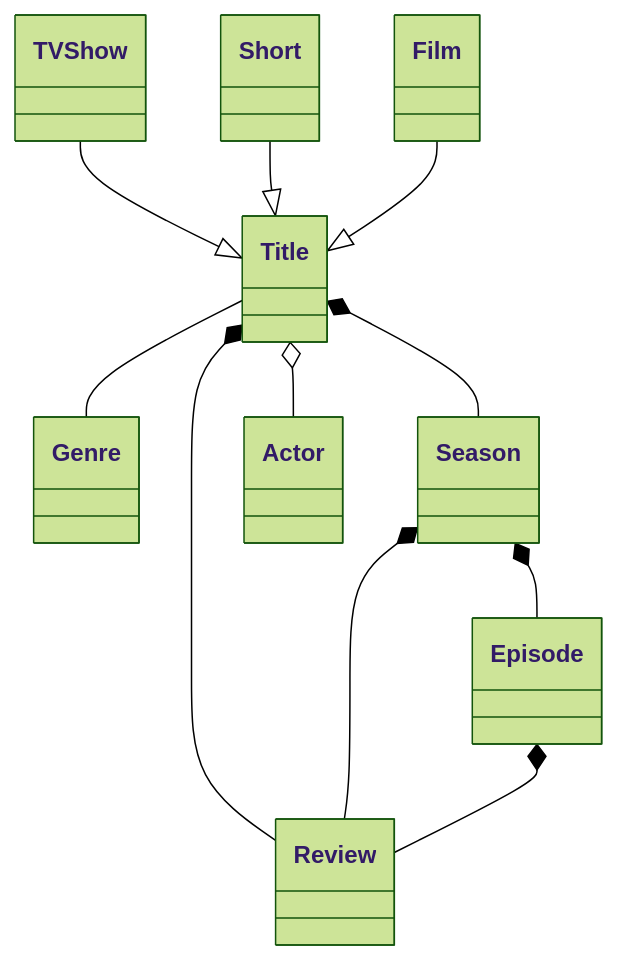
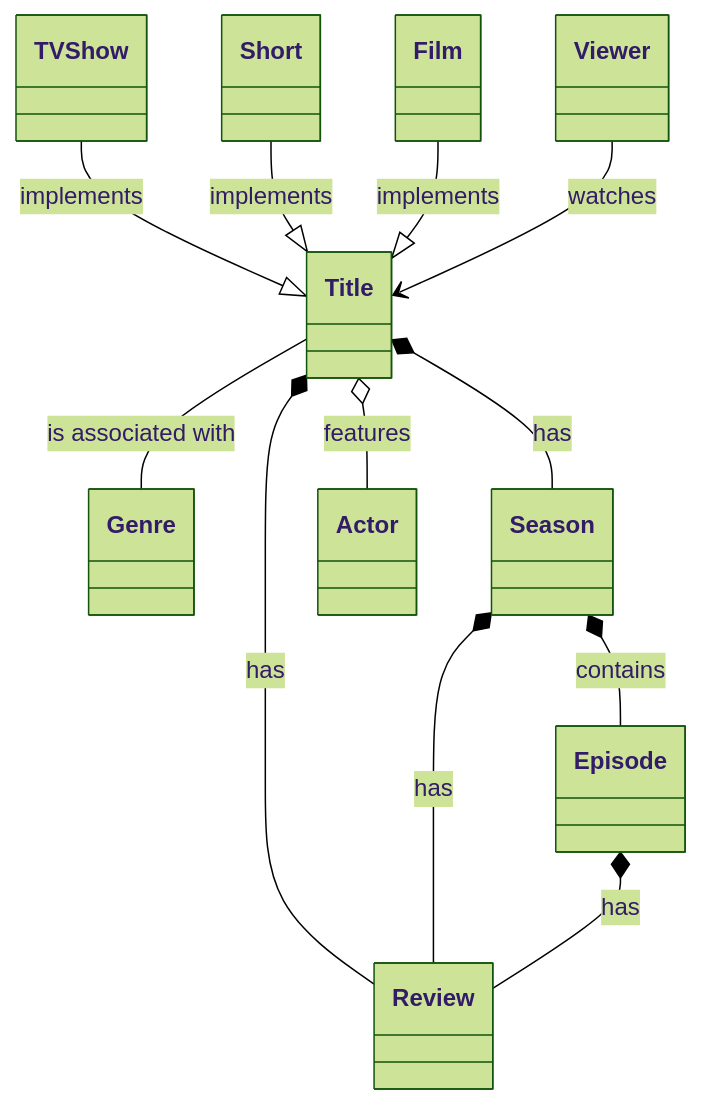
The second of 3 diagrams in mermaid_diagrams.md (rawandrew/diagramming), drawn with Mermaid (forest theme) before and after one commit. The commit also changed other lines of this file, not shown here.

Commit message:
Add descriptions to the various diagram associations.

````diff
--- a/mermaid_diagrams.md
+++ b/mermaid_diagrams.md
@@ -23,15 +24,17 @@
 ```mermaid
 classDiagram
-    Title -- Genre
-    Title *-- Season
-    Title *-- Review
-    Title o-- Actor    
-    TV Show --|> Title
-    Short --|> Title
-    Film --|> Title
+    Title -- Genre: is associated with
+    Title *-- Season: has
+    Title *-- Review: has
+    Title o-- Actor: features    
+    TV Show --|> Title: implements
+    Short --|> Title: implements
+    Film --|> Title: implements
     
-    Season *-- Review
-    Season *-- Episode 
+    Viewer --> Title: watches
     
-    Episode *-- Review
+    Season *-- Review: has
+    Season *-- Episode: contains
+    
+    Episode *-- Review: has
 ```
````
